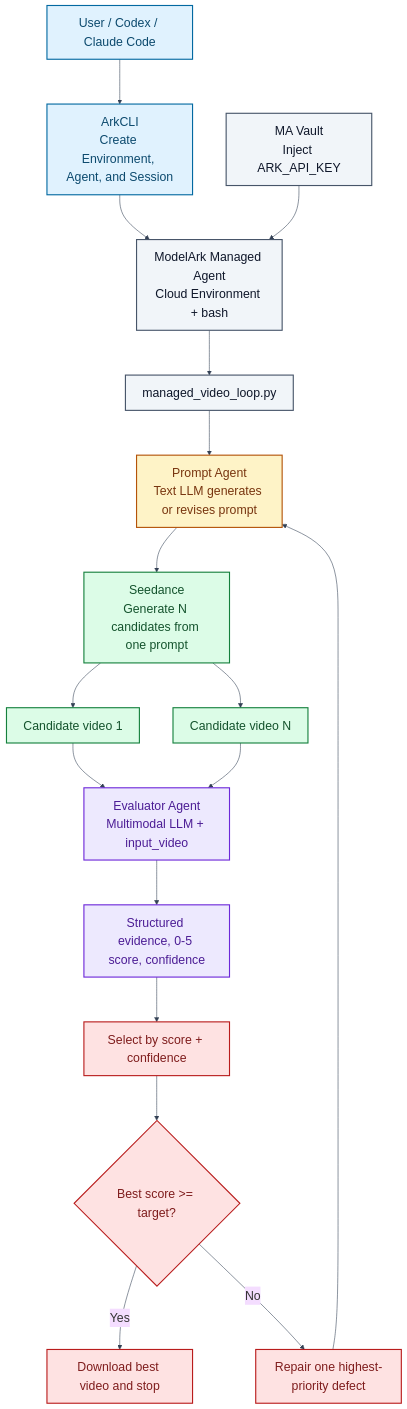
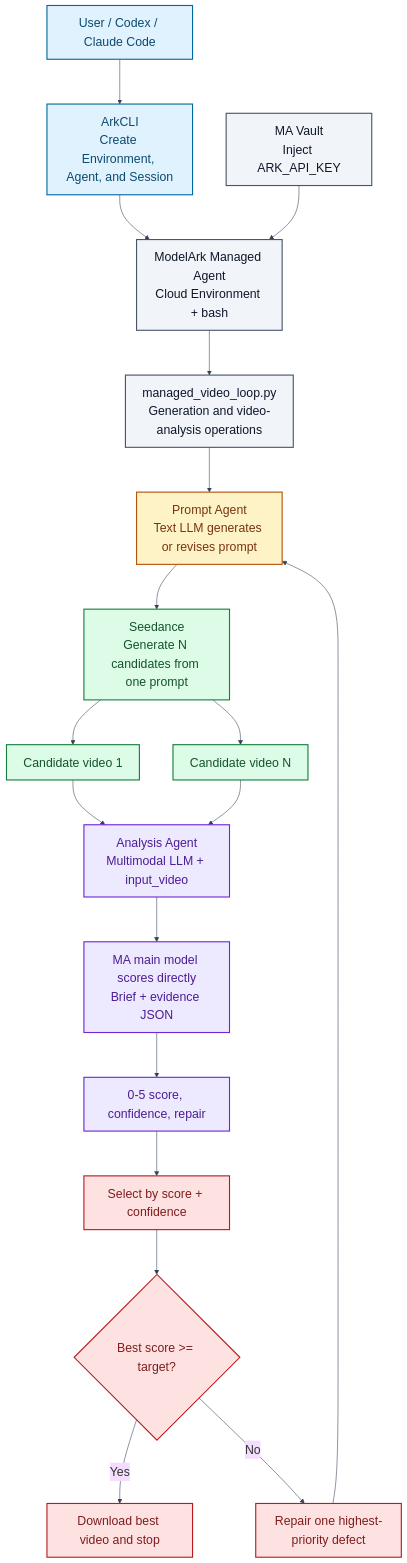
The diagram in docs/guide.en.md (xieyongliang/promptpilot-seedance-managed-loop), drawn with Mermaid before and after one commit. The commit also changed other lines of this file and 6 other files, not shown here.

Commit message:
Use MA main model for evidence scoring

````diff
--- a/docs/guide.en.md
+++ b/docs/guide.en.md
@@ -11,34 +11,35 @@
 ```mermaid
 %%{init: {"theme": "base", "themeVariables": {"fontSize": "22px", "fontFamily": "Arial, sans-serif", "lineColor": "#334155"}, "flowchart": {"nodeSpacing": 60, "rankSpacing": 80, "curve": "basis"}}}%%
 flowchart TB
     U["User / Codex / Claude Code"] --> CLI["ArkCLI<br/>Create Environment, Agent, and Session"]
     CLI --> MA["ModelArk Managed Agent<br/>Cloud Environment + bash"]
     VAULT["MA Vault<br/>Inject ARK_API_KEY"] --> MA
 
-    MA --> RUNNER["managed_video_loop.py"]
+    MA --> RUNNER["managed_video_loop.py<br/>Generation and video-analysis operations"]
     RUNNER --> PA["Prompt Agent<br/>Text LLM generates or revises prompt"]
     PA --> SD["Seedance<br/>Generate N candidates from one prompt"]
     SD --> C1["Candidate video 1"]
     SD --> C2["Candidate video N"]
-    C1 --> EA["Evaluator Agent<br/>Multimodal LLM + input_video"]
+    C1 --> EA["Analysis Agent<br/>Multimodal LLM + input_video"]
     C2 --> EA
-    EA --> SCORE["Structured evidence, 0-5 score, confidence"]
+    EA --> EV["MA main model scores directly<br/>Brief + evidence JSON"]
+    EV --> SCORE["0-5 score, confidence, repair"]
     SCORE --> BEST["Select by score + confidence"]
     BEST --> CHECK{"Best score >= target?"}
     CHECK -->|"Yes"| DONE["Download best video and stop"]
     CHECK -->|"No"| FIX["Repair one highest-priority defect"]
     FIX --> PA
 
     classDef entry fill:#e0f2fe,stroke:#0369a1,stroke-width:2px,color:#0c4a6e;
     classDef control fill:#f1f5f9,stroke:#475569,stroke-width:2px,color:#0f172a;
     classDef prompt fill:#fef3c7,stroke:#b45309,stroke-width:2px,color:#78350f;
     classDef video fill:#dcfce7,stroke:#15803d,stroke-width:2px,color:#14532d;
     classDef eval fill:#ede9fe,stroke:#6d28d9,stroke-width:2px,color:#4c1d95;
     classDef decision fill:#fee2e2,stroke:#b91c1c,stroke-width:2px,color:#7f1d1d;
     class U,CLI entry;
     class MA,VAULT,RUNNER control;
     class PA prompt;
     class SD,C1,C2 video;
-    class EA,SCORE eval;
+    class EA,EV,SCORE eval;
     class BEST,CHECK,FIX,DONE decision;
 ```
````
